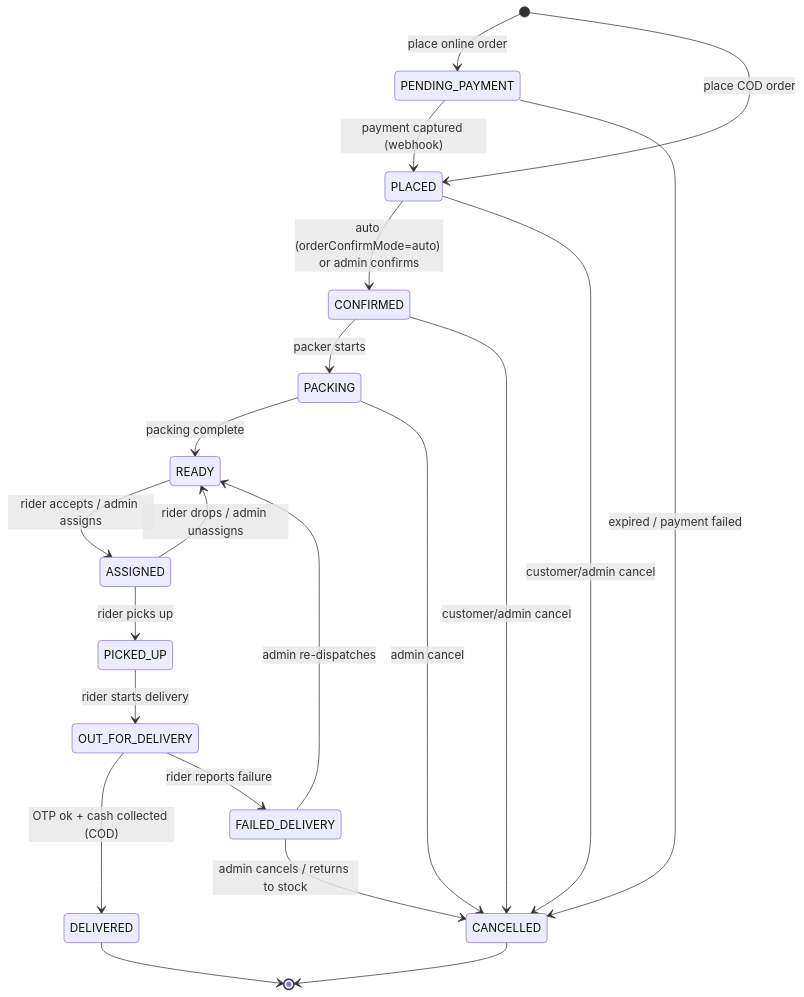
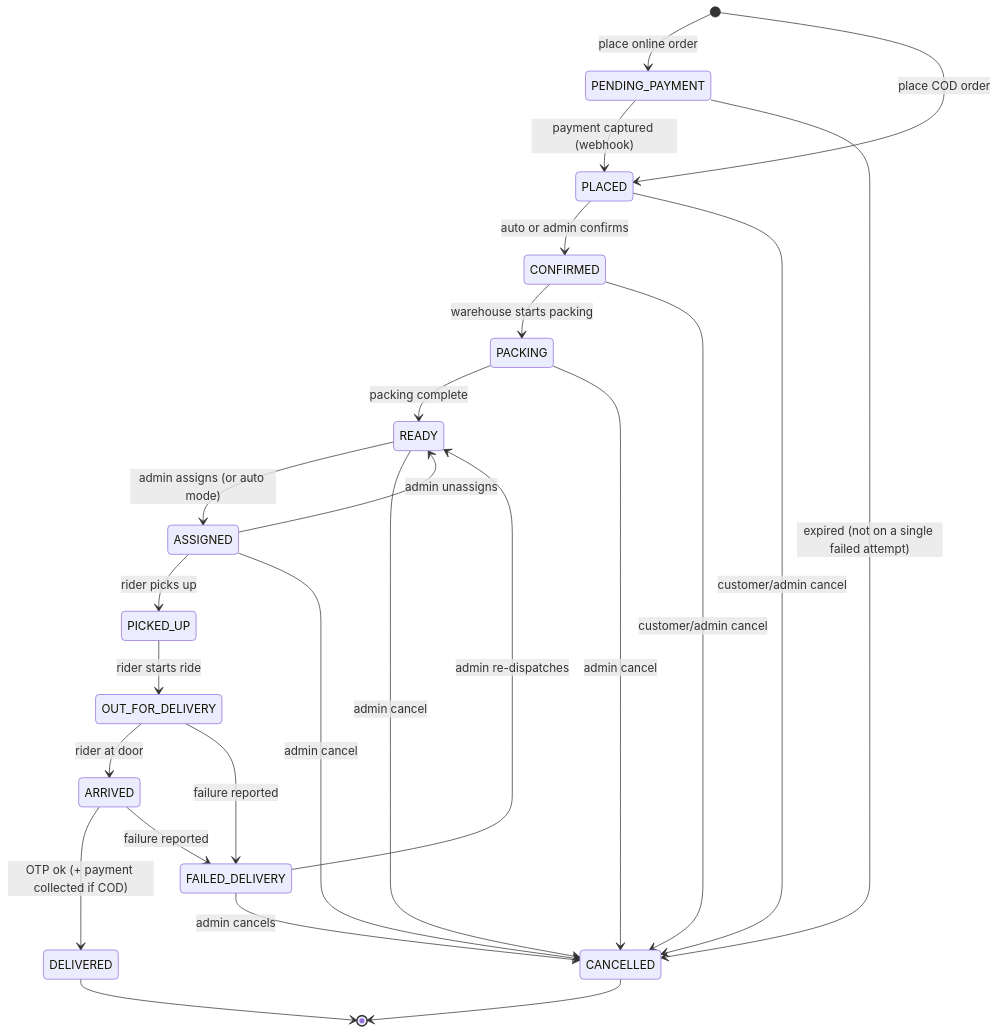
Before and after one commit to reboot-ai-private-limited/darjeeling-stores-quick-commerce: the first of 8 diagrams in docs/02-workflows.md, drawn with Mermaid. The commit also changed other lines of this file and 6 other files, not shown here.

````diff
--- a/docs/02-workflows.md
+++ b/docs/02-workflows.md
@@ -9,23 +19,27 @@
 ```mermaid
 stateDiagram-v2
     [*] --> PENDING_PAYMENT: place online order
     [*] --> PLACED: place COD order
     PENDING_PAYMENT --> PLACED: payment captured (webhook)
-    PENDING_PAYMENT --> CANCELLED: expired / payment failed
-    PLACED --> CONFIRMED: auto (orderConfirmMode=auto) or admin confirms
+    PENDING_PAYMENT --> CANCELLED: expired (not on a single failed attempt)
+    PLACED --> CONFIRMED: auto or admin confirms
     PLACED --> CANCELLED: customer/admin cancel
-    CONFIRMED --> PACKING: packer starts
+    CONFIRMED --> PACKING: warehouse starts packing
     CONFIRMED --> CANCELLED: customer/admin cancel
     PACKING --> READY: packing complete
     PACKING --> CANCELLED: admin cancel
-    READY --> ASSIGNED: rider accepts / admin assigns
-    ASSIGNED --> READY: rider drops / admin unassigns
+    READY --> ASSIGNED: admin assigns (or auto mode)
+    READY --> CANCELLED: admin cancel
+    ASSIGNED --> READY: admin unassigns
     ASSIGNED --> PICKED_UP: rider picks up
-    PICKED_UP --> OUT_FOR_DELIVERY: rider starts delivery
-    OUT_FOR_DELIVERY --> DELIVERED: OTP ok + cash collected (COD)
-    OUT_FOR_DELIVERY --> FAILED_DELIVERY: rider reports failure
+    ASSIGNED --> CANCELLED: admin cancel
+    PICKED_UP --> OUT_FOR_DELIVERY: rider starts ride
+    OUT_FOR_DELIVERY --> ARRIVED: rider at door
+    OUT_FOR_DELIVERY --> FAILED_DELIVERY: failure reported
+    ARRIVED --> DELIVERED: OTP ok (+ payment collected if COD)
+    ARRIVED --> FAILED_DELIVERY: failure reported
     FAILED_DELIVERY --> READY: admin re-dispatches
-    FAILED_DELIVERY --> CANCELLED: admin cancels / returns to stock
+    FAILED_DELIVERY --> CANCELLED: admin cancels
     DELIVERED --> [*]
     CANCELLED --> [*]
 ```
````
